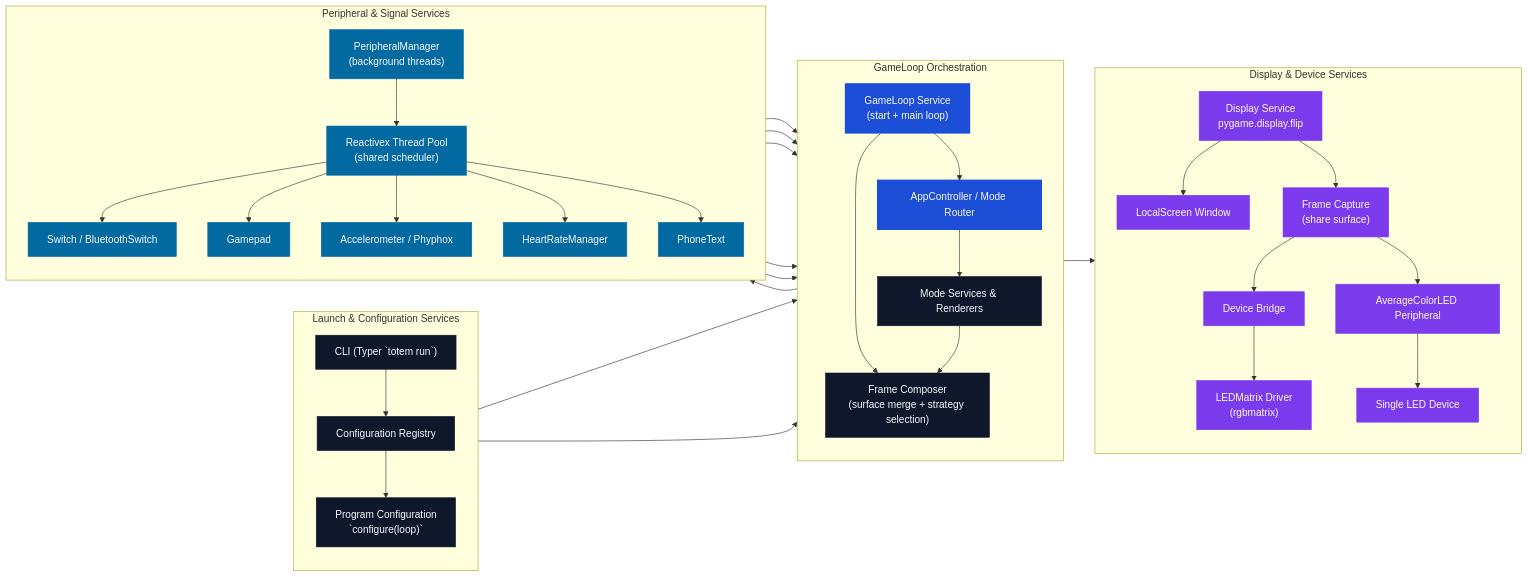
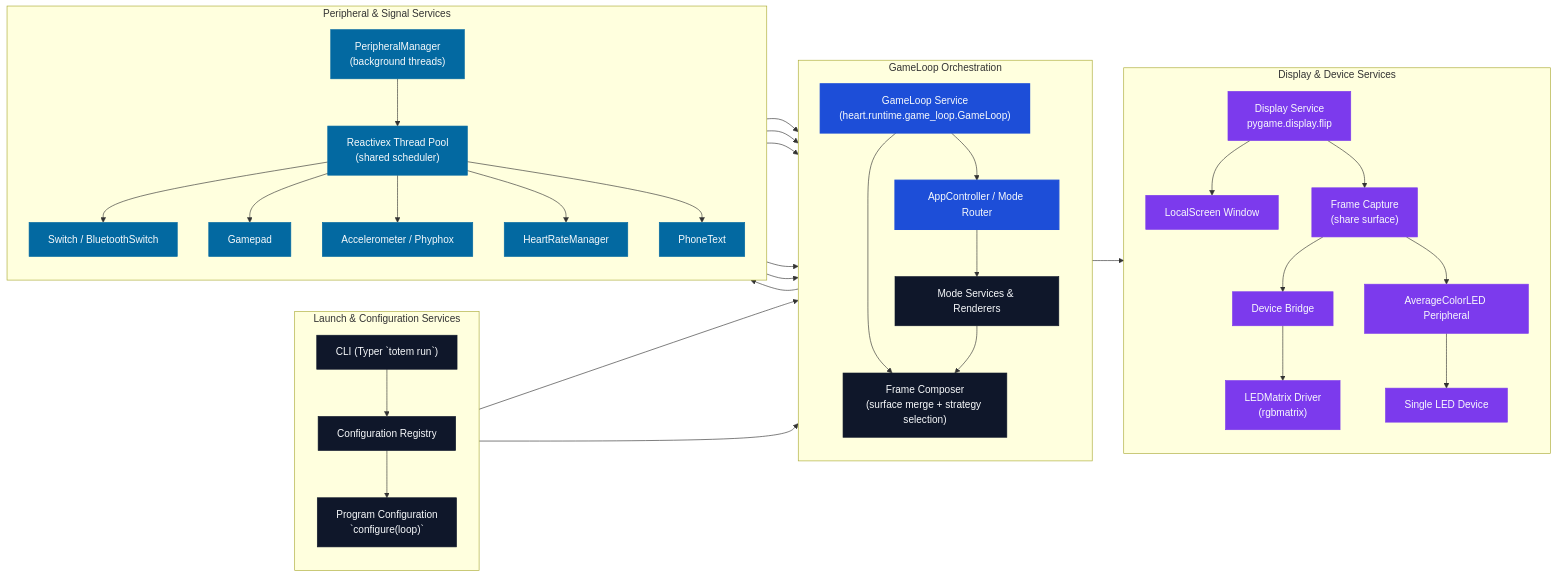
Before and after one commit to Organization5762/heart: the diagram in docs/code_flow.md, drawn with Mermaid. The commit also changed 35 other files, not shown here.

Commit message:
Refactor runtime game loop modules

````diff
--- a/docs/code_flow.md
+++ b/docs/code_flow.md
@@ -19,66 +19,66 @@
 ```mermaid
 flowchart LR
     %% Visual classes for different service categories
     classDef orchestrator fill:#1d4ed8,stroke:#1d4ed8,color:#f8fafc,stroke-width:2px;
     classDef service fill:#0f172a,stroke:#0f172a,color:#f8fafc;
     classDef input fill:#0369a1,stroke:#0369a1,color:#f8fafc;
     classDef output fill:#7c3aed,stroke:#7c3aed,color:#f8fafc;
 
     subgraph Launch["Launch & Configuration Services"]
         direction TB
         CLI["CLI (Typer `totem run`)"]
         Registry["Configuration Registry"]
         Configurer["Program Configuration\n`configure(loop)`"]
     end
 
     subgraph Runtime["GameLoop Orchestration"]
         direction TB
-        Loop["GameLoop Service\n(start + main loop)"]
+        Loop["GameLoop Service\n(heart.runtime.game_loop.GameLoop)"]
         AppRouter["AppController / Mode Router"]
         ModeServices["Mode Services & Renderers"]
         FrameComposer["Frame Composer\n(surface merge + strategy selection)"]
     end
 
     subgraph Inputs["Peripheral & Signal Services"]
         direction TB
         PeripheralMgr["PeripheralManager\n(background threads)"]
         RxScheduler["Reactivex Thread Pool\n(shared scheduler)"]
         Switch["Switch / BluetoothSwitch"]
         Gamepad["Gamepad"]
         Sensors["Accelerometer / Phyphox"]
         HeartRate["HeartRateManager"]
         PhoneText["PhoneText"]
     end
 
     subgraph Outputs["Display & Device Services"]
         direction TB
         DisplaySvc["Display Service\npygame.display.flip"]
         LocalScreen["LocalScreen Window"]
         Capture["Frame Capture\n(share surface)"]
         DeviceBridge["Device Bridge"]
         LedMatrix["LEDMatrix Driver\n(rgbmatrix)"]
         AverageMirror["AverageColorLED Peripheral"]
         SingleLED["Single LED Device"]
     end
 
     CLI --> Registry --> Configurer --> Loop
     Configurer --> AppRouter
     Loop --> AppRouter
     Loop --> FrameComposer
     AppRouter --> ModeServices --> FrameComposer --> DisplaySvc
     DisplaySvc --> LocalScreen
     DisplaySvc --> Capture --> DeviceBridge --> LedMatrix
     Capture --> AverageMirror --> SingleLED
 
     Loop --> PeripheralMgr --> RxScheduler
     RxScheduler --> Switch --> AppRouter
     RxScheduler --> Gamepad --> AppRouter
     RxScheduler --> Sensors --> AppRouter
     RxScheduler --> HeartRate --> AppRouter
     RxScheduler --> PhoneText --> AppRouter
 
     class CLI,Registry,Configurer,ModeServices,FrameComposer service;
     class Loop,AppRouter orchestrator;
     class PeripheralMgr,RxScheduler,Switch,Gamepad,Sensors,HeartRate,PhoneText input;
     class DisplaySvc,LocalScreen,Capture,DeviceBridge,LedMatrix,AverageMirror,SingleLED output;
 ```
````
